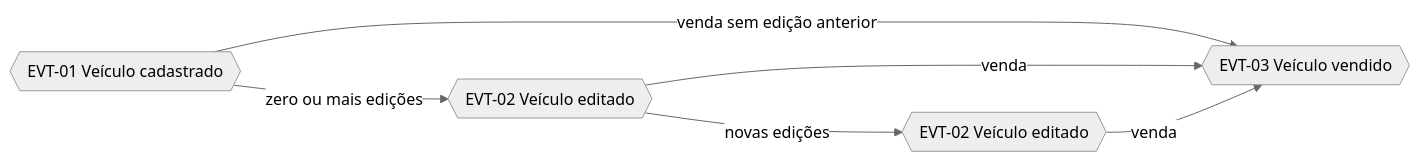
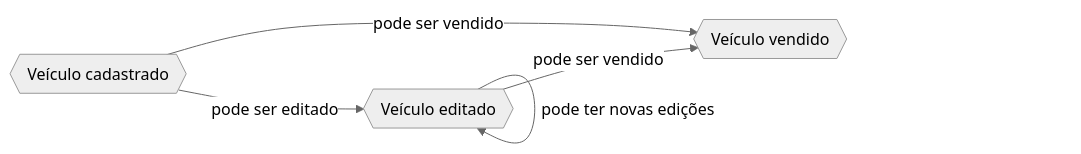
The sixth of 6 diagrams in docs/ddd/event-storming.md (edionay/fiap-r), drawn with Mermaid (neutral theme) before and after one commit. The commit also changed other lines of this file and 2 other files, not shown here.

````diff
--- a/docs/ddd/event-storming.md
+++ b/docs/ddd/event-storming.md
@@ -179,13 +109,11 @@
 ```mermaid
 flowchart LR
-    CREATED{{EVT-01 Veículo cadastrado}}
-    UPDATED1{{EVT-02 Veículo editado}}
-    UPDATEDN{{EVT-02 Veículo editado}}
-    SOLD{{EVT-03 Veículo vendido}}
+    C{{Veículo cadastrado}}
+    E{{Veículo editado}}
+    V{{Veículo vendido}}
 
-    CREATED -->|zero ou mais edições| UPDATED1
-    UPDATED1 -->|novas edições| UPDATEDN
-    CREATED -->|venda sem edição anterior| SOLD
-    UPDATED1 -->|venda| SOLD
-    UPDATEDN -->|venda| SOLD
+    C -->|pode ser editado| E
+    E -->|pode ter novas edições| E
+    C -->|pode ser vendido| V
+    E -->|pode ser vendido| V
 ```
````
